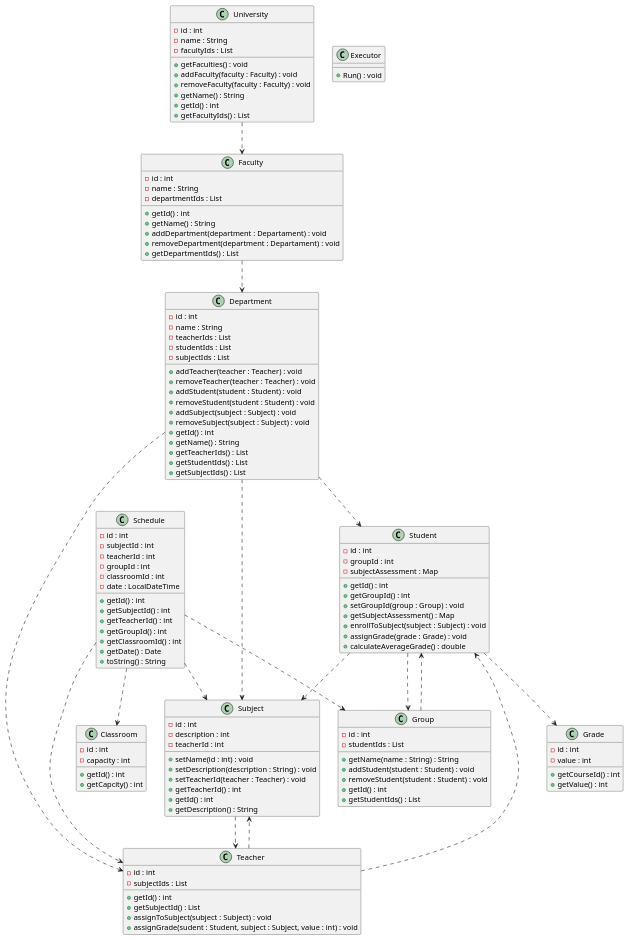
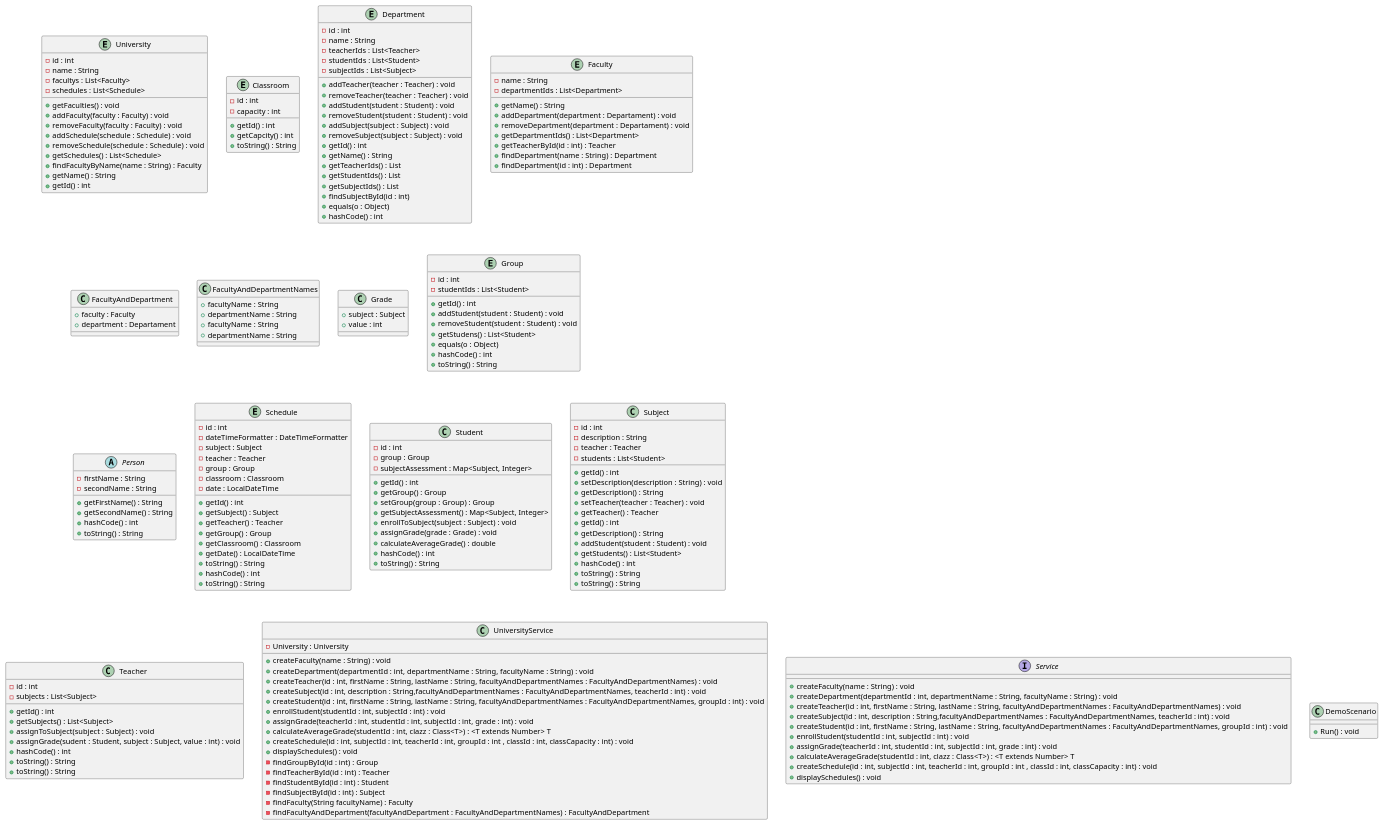
Before and after one commit to mkhalez/OOP: the diagram in lab_2/src/main/resources/diagram.puml, drawn with PlantUML. The commit also changed 11 other files, not shown here.

Commit message:
Создан сценарий и описаны сущности в uml

```diff
--- a/lab_2/src/main/resources/diagram.puml
+++ b/lab_2/src/main/resources/diagram.puml
@@ -1,30 +1,35 @@
 @startuml
 
-class University { 
+entity University { 
     -id : int
     -name : String
-    -facultyIds : List
+    -facultys : List<Faculty>
+    -schedules : List<Schedule>
     +getFaculties() : void
     +addFaculty(faculty : Faculty) : void
-    +removeFaculty(faculty : Faculty) : void 
+    +removeFaculty(faculty : Faculty) : void
+    +addSchedule(schedule : Schedule) : void 
+    +removeSchedule(schedule : Schedule) : void
+    +getSchedules() : List<Schedule>
+    +findFacultyByName(name : String) : Faculty
     +getName() : String 
     +getId() : int 
-    +getFacultyIds() : List
 }
 
-class Classroom {
+entity Classroom {
     -id : int
     -capacity : int
     +getId() : int
     +getCapcity() : int
+    +toString() : String
 }
 
-class Department {
+entity Department {
     -id : int
     -name : String 
-    -teacherIds : List
-    -studentIds : List
-    -subjectIds : List
+    -teacherIds : List<Teacher>
+    -studentIds : List<Student>
+    -subjectIds : List<Subject>
     +addTeacher(teacher : Teacher) : void
     +removeTeacher(teacher : Teacher) : void
     +addStudent(student : Student) : void
@@ -36,105 +41,165 @@
     +getTeacherIds() : List
     +getStudentIds() : List
     +getSubjectIds() : List
+    +findSubjectById(id : int) 
+    +equals(o : Object)
+    +hashCode() : int
 }
 
-class Faculty {
-    -id : int
+entity Faculty {
     -name : String 
-    -departmentIds : List
-    +getId() : int
+    -departmentIds : List<Department>
     +getName() : String 
     +addDepartment(department : Departament) : void
     +removeDepartment(department : Departament) : void
-    +getDepartmentIds() : List
+    +getDepartmentIds() : List<Department>
+    +getTeacherById(id : int) : Teacher
+    +findDepartment(name : String) : Department
+    +findDepartment(id : int) : Department
+}
+
+class FacultyAndDepartment {
+    +faculty : Faculty
+    +department : Departament
+}
+
+class FacultyAndDepartmentNames {
+    +facultyName : String 
+    +departmentName : String
 }
 
 class Grade {
-    -id : int
-    -value : int 
-    +getCourseId() : int
-    +getValue() : int
+    +subject : Subject
+    +value : int
 }
 
-class Group {
+entity Group {
     -id : int 
-    -studentIds : List
-    +getName(name : String) : String
+    -studentIds : List<Student>
+    +getId() : int
     +addStudent(student : Student) : void
     +removeStudent(student : Student) : void 
-    +getId() : int
-    +getStudentIds() : List
+    +getStudens() : List<Student>
+    +equals(o : Object)
+    +hashCode() : int
+    +toString() : String
 }
 
-class Schedule {
+abstract class Person {
+    -firstName : String 
+    -secondName : String
+    +getFirstName() : String 
+    +getSecondName() : String 
+    +hashCode() : int
+    +toString() : String
+}
+
+entity Schedule {
     -id : int 
-    -subjectId : int
-    -teacherId : int
-    -groupId : int 
-    -classroomId : int 
+    -dateTimeFormatter : DateTimeFormatter
+    -subject : Subject
+    -teacher : Teacher
+    -group : Group 
+    -classroom : Classroom 
     -date : LocalDateTime
     +getId() : int 
-    +getSubjectId() : int 
-    +getTeacherId() : int 
-    +getGroupId() : int 
-    +getClassroomId() : int 
-    +getDate() : Date
+    +getSubject() : Subject 
+    +getTeacher() : Teacher 
+    +getGroup() : Group
+    +getClassroom() : Classroom 
+    +getDate() : LocalDateTime
+    +toString() : String
+    +hashCode() : int
     +toString() : String
 }
 
 class Student {
     -id : int 
-    -groupId : int 
-    -subjectAssessment : Map
+    -group : Group
+    -subjectAssessment : Map<Subject, Integer>
     +getId() : int 
-    +getGroupId() : int 
-    +setGroupId(group : Group) : void
-    +getSubjectAssessment() : Map
+    +getGroup() : Group 
+    +setGroup(group : Group) : Group 
+    +getSubjectAssessment() : Map<Subject, Integer>
     +enrollToSubject(subject : Subject) : void 
     +assignGrade(grade : Grade) : void
     +calculateAverageGrade() : double
+    +hashCode() : int
+    +toString() : String
 }
 
 class Subject {
     -id : int 
-    -description : int 
-    -teacherId : int
-    +setName(id : int) : void
-    +setDescription(description : String) : void 
-    +setTeacherId(teacher : Teacher) : void 
-    +getTeacherId() : int 
+    -description : String 
+    -teacher : Teacher
+    -students : List<Student>
+    +getId() : int
+    +setDescription(description : String) : void
+    +getDescription() : String 
+    +setTeacher(teacher : Teacher) : void 
+    +getTeacher() : Teacher 
     +getId() : int 
     +getDescription() : String 
+    +addStudent(student : Student) : void 
+    +getStudents() : List<Student>
+    +hashCode() : int
+    +toString() : String
+    +toString() : String
 }
 
 class Teacher {
     -id : int
-    -subjectIds : List
+    -subjects : List<Subject>
     +getId() : int 
-    +getSubjectId() : List
+    +getSubjects() : List<Subject>
     +assignToSubject(subject : Subject) : void 
     +assignGrade(sudent : Student, subject : Subject, value : int) : void
+    +hashCode() : int
+    +toString() : String
+    +toString() : String
 }
 
-class Executor {
-    +Run() : void 
+class FacultyAndDepartmentNames {
+    +facultyName : String
+    +departmentName : String
 }
 
-Department ..> Teacher
-Department ..> Student
-Department ..> Subject
-Faculty ..> Department
-Group ..> Student
-Schedule ..> Subject
-Schedule ..> Teacher
-Schedule ..> Group
-Schedule ..> Classroom
-Student ..> Group
-Student ..> Subject
-Student ..> Grade
-Teacher ..> Subject
-Teacher ..> Student
-University ..> Faculty
-Subject ..> Teacher
+class UniversityService {
+    -University : University
+    +createFaculty(name : String) : void
+    +createDepartment(departmentId : int, departmentName : String, facultyName : String) : void
+    +createTeacher(id : int, firstName : String, lastName : String, facultyAndDepartmentNames : FacultyAndDepartmentNames) : void
+    +createSubject(id : int, description : String,facultyAndDepartmentNames : FacultyAndDepartmentNames, teacherId : int) : void
+    +createStudent(id : int, firstName : String, lastName : String, facultyAndDepartmentNames : FacultyAndDepartmentNames, groupId : int) : void
+    +enrollStudent(studentId : int, subjectId : int) : void    
+    +assignGrade(teacherId : int, studentId : int, subjectId : int, grade : int) : void 
+    +calculateAverageGrade(studentId : int, clazz : Class<T>) :  <T extends Number> T
+    +createSchedule(id : int, subjectId : int, teacherId : int, groupId : int , classId : int, classCapacity : int) : void 
+    +displaySchedules() : void
+    -findGroupById(id : int) : Group
+    -findTeacherById(id : int) : Teacher
+    -findStudentById(id : int) : Student
+    -findSubjectById(id : int) : Subject
+    -findFaculty(String facultyName) : Faculty
+    -findFacultyAndDepartment(facultyAndDepartment : FacultyAndDepartmentNames) : FacultyAndDepartment
+}
+
+interface Service {
+    +createFaculty(name : String) : void
+    +createDepartment(departmentId : int, departmentName : String, facultyName : String) : void
+    +createTeacher(id : int, firstName : String, lastName : String, facultyAndDepartmentNames : FacultyAndDepartmentNames) : void
+    +createSubject(id : int, description : String,facultyAndDepartmentNames : FacultyAndDepartmentNames, teacherId : int) : void
+    +createStudent(id : int, firstName : String, lastName : String, facultyAndDepartmentNames : FacultyAndDepartmentNames, groupId : int) : void
+    +enrollStudent(studentId : int, subjectId : int) : void    
+    +assignGrade(teacherId : int, studentId : int, subjectId : int, grade : int) : void 
+    +calculateAverageGrade(studentId : int, clazz : Class<T>) :  <T extends Number> T
+    +createSchedule(id : int, subjectId : int, teacherId : int, groupId : int , classId : int, classCapacity : int) : void 
+    +displaySchedules() : void
+}
+
+class DemoScenario {
+    +Run() : void
+}
+
 
 @enduml
```
